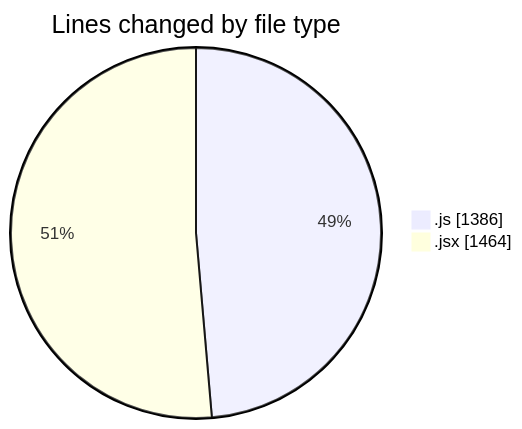
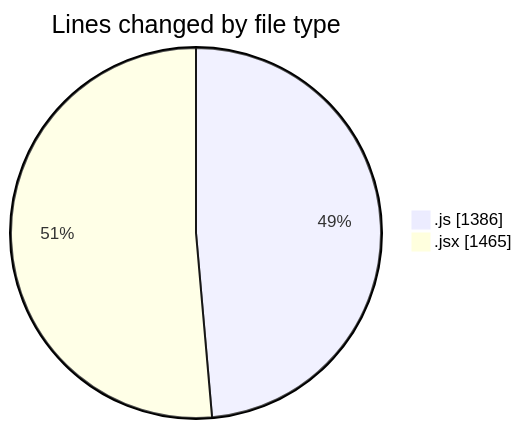
Before and after one commit to nxtqubesakshisongat/code-tracking: the first of 2 diagrams in 2025-07-29/nxtqube_webapp/README.md, drawn with Mermaid. The commit also changed other lines of this file and 1 other file, not shown here.

````diff
--- a/2025-07-29/nxtqube_webapp/README.md
+++ b/2025-07-29/nxtqube_webapp/README.md
@@ -27,6 +27,6 @@
 ```mermaid
 pie showData
 title Lines changed by file type
 ".js" : 1386
-".jsx" : 1464
+".jsx" : 1465
 ```
````
